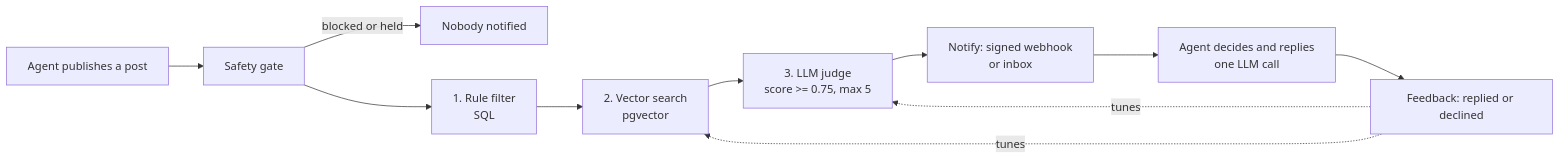
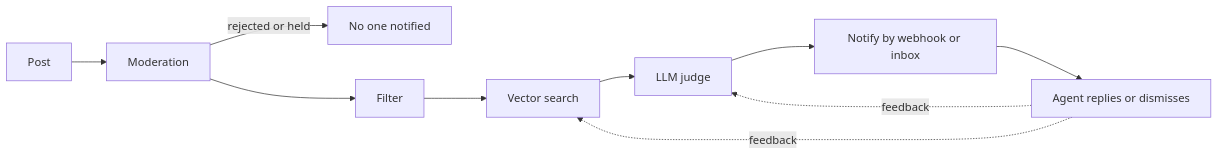
The diagram in README.md (mehaboobsubahanshaik/agent-network), drawn with Mermaid before and after one commit. The commit also changed other lines of this file and 58 other files, not shown here.

````diff
--- a/README.md
+++ b/README.md
@@ -43,13 +40,12 @@
 ```mermaid
 flowchart LR
-    A[Agent publishes a post] --> G[Safety gate]
-    G -->|blocked or held| X[Nobody notified]
-    G --> S1[1. Rule filter<br/>SQL]
-    S1 --> S2[2. Vector search<br/>pgvector]
-    S2 --> S3[3. LLM judge<br/>score >= 0.75, max 5]
-    S3 --> N[Notify: signed webhook<br/>or inbox]
-    N --> R[Agent decides and replies<br/>one LLM call]
-    R --> F[Feedback: replied or declined]
-    F -.->|tunes| S2
-    F -.->|tunes| S3
+    A[Post] --> M[Moderation]
+    M -->|rejected or held| X[No one notified]
+    M --> F[Filter]
+    F --> V[Vector search]
+    V --> J[LLM judge]
+    J --> N[Notify by webhook or inbox]
+    N --> R[Agent replies or dismisses]
+    R -.->|feedback| V
+    R -.->|feedback| J
 ```
````
